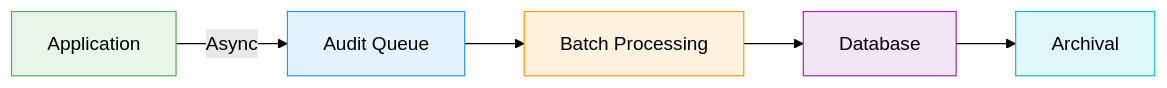
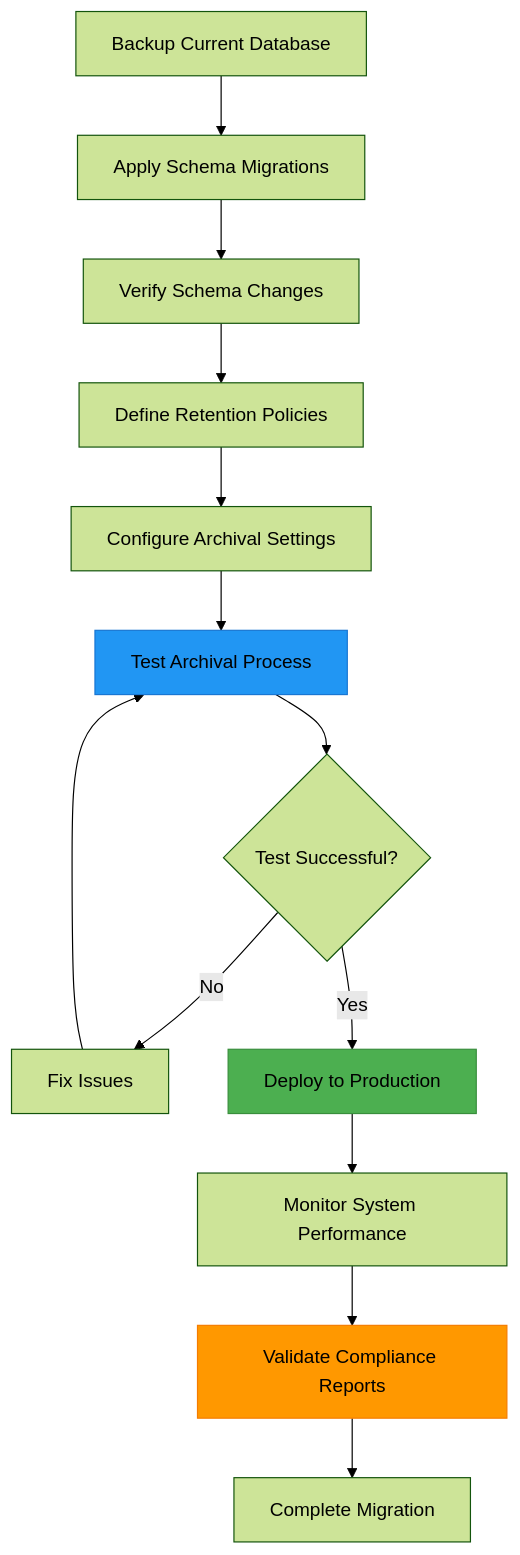
The fifth of 6 diagrams in .qoder/repowiki/en/content/Audit System Enhancements Specifications.md (smedrec/smart-logs), drawn with Mermaid (forest theme) before and after one commit. The commit also changed other lines of this file and 7 other files, not shown here.

First line of the commit message:
docs(audit-client): update comprehensive documentation and architecture overview

````diff
--- a/.qoder/repowiki/en/content/Audit System Enhancements Specifications.md
+++ b/.qoder/repowiki/en/content/Audit System Enhancements Specifications.md
@@ -486,12 +243,18 @@
 ```mermaid
-flowchart LR
-A[Application] --> |Async| B[Audit Queue]
-B --> C[Batch Processing]
-C --> D[Database]
-D --> E[Archival]
-style A fill:#E8F5E9,stroke:#4CAF50
-style B fill:#E3F2FD,stroke:#2196F3
-style C fill:#FFF3E0,stroke:#FF9800
-style D fill:#F3E5F5,stroke:#9C27B0
-style E fill:#E0F7FA,stroke:#00BCD4
+graph TB
+A[Backup Current Database] --> B[Apply Schema Migrations]
+B --> C[Verify Schema Changes]
+C --> D[Define Retention Policies]
+D --> E[Configure Archival Settings]
+E --> F[Test Archival Process]
+F --> G{Test Successful?}
+G --> |No| H[Fix Issues]
+H --> F
+G --> |Yes| I[Deploy to Production]
+I --> J[Monitor System Performance]
+J --> K[Validate Compliance Reports]
+K --> L[Complete Migration]
+style F fill:#2196F3,stroke:#1976D2
+style I fill:#4CAF50,stroke:#388E3C
+style K fill:#FF9800,stroke:#F57C00
 ```
````
